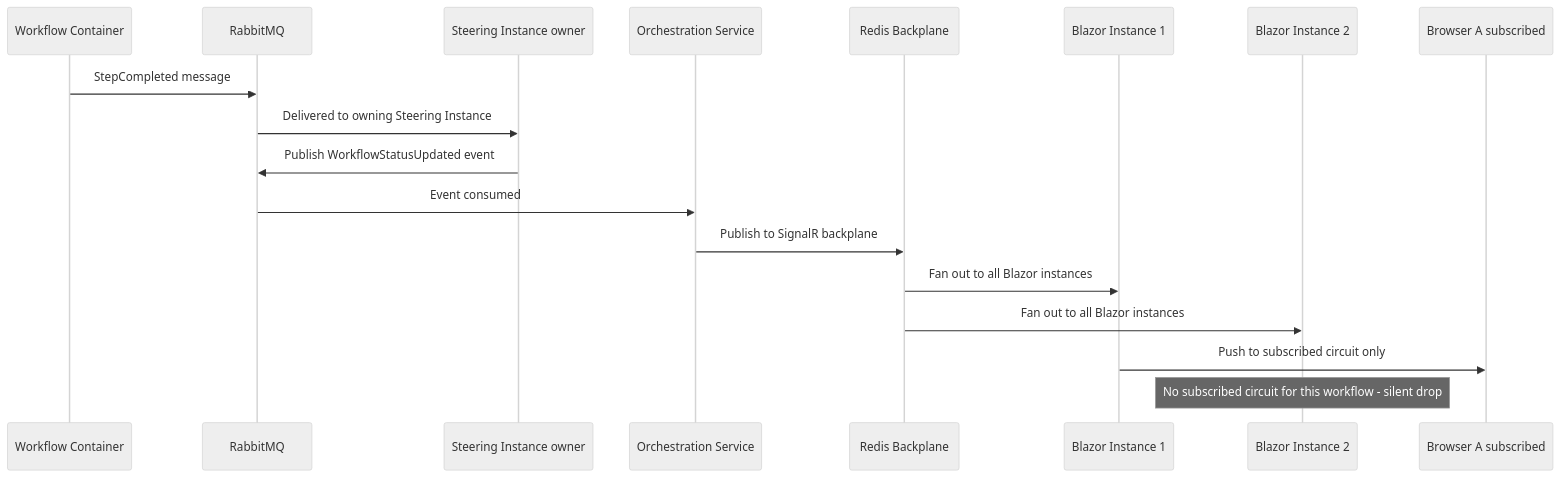
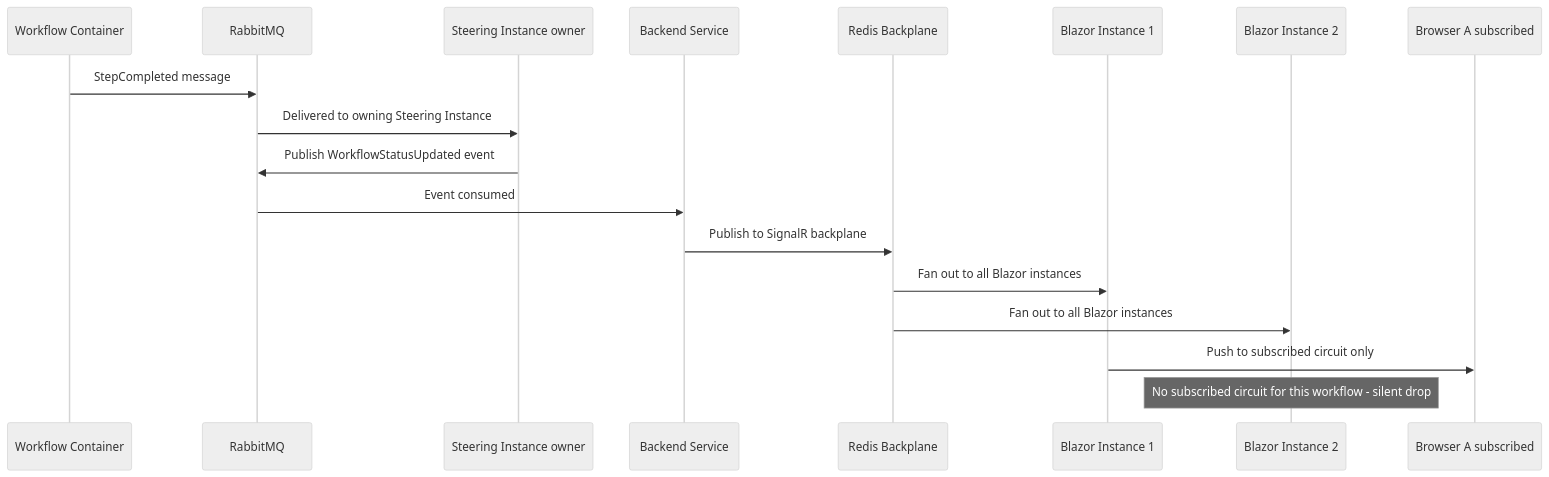
One commit to FelixKlakow/Auxilia changed diagram 11 of 12 in ARCHITECTURE.md. Above: the diagram before and after it, drawn with Mermaid (neutral theme). The commit also changed other lines of this file and 5 other files, not shown here.

Commit message:
fix: Updated architectural documents

````diff
--- a/ARCHITECTURE.md
+++ b/ARCHITECTURE.md
@@ -705,20 +766,20 @@
 ```mermaid
 sequenceDiagram
     participant WF as Workflow Container
     participant BUS as RabbitMQ
     participant SI as Steering Instance owner
-    participant ORCH as Orchestration Service
+    participant BE as Backend Service
     participant REDIS as Redis Backplane
     participant BS1 as Blazor Instance 1
     participant BS2 as Blazor Instance 2
     participant UA as Browser A subscribed
     WF->>BUS: StepCompleted message
     BUS->>SI: Delivered to owning Steering Instance
     SI->>BUS: Publish WorkflowStatusUpdated event
-    BUS->>ORCH: Event consumed
-    ORCH->>REDIS: Publish to SignalR backplane
+    BUS->>BE: Event consumed
+    BE->>REDIS: Publish to SignalR backplane
     REDIS->>BS1: Fan out to all Blazor instances
     REDIS->>BS2: Fan out to all Blazor instances
     BS1->>UA: Push to subscribed circuit only
     Note over BS2: No subscribed circuit for this workflow - silent drop
 ```
````
